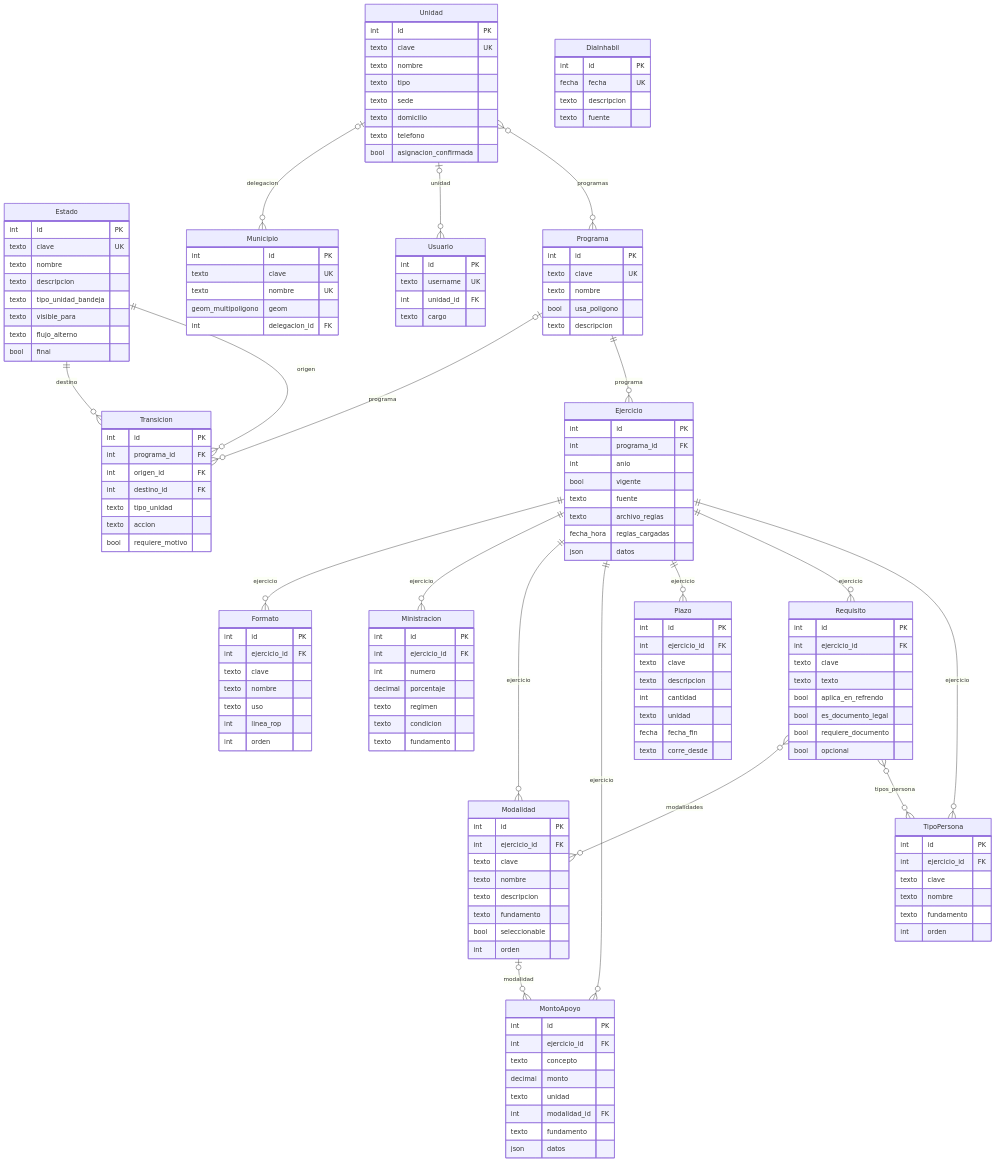
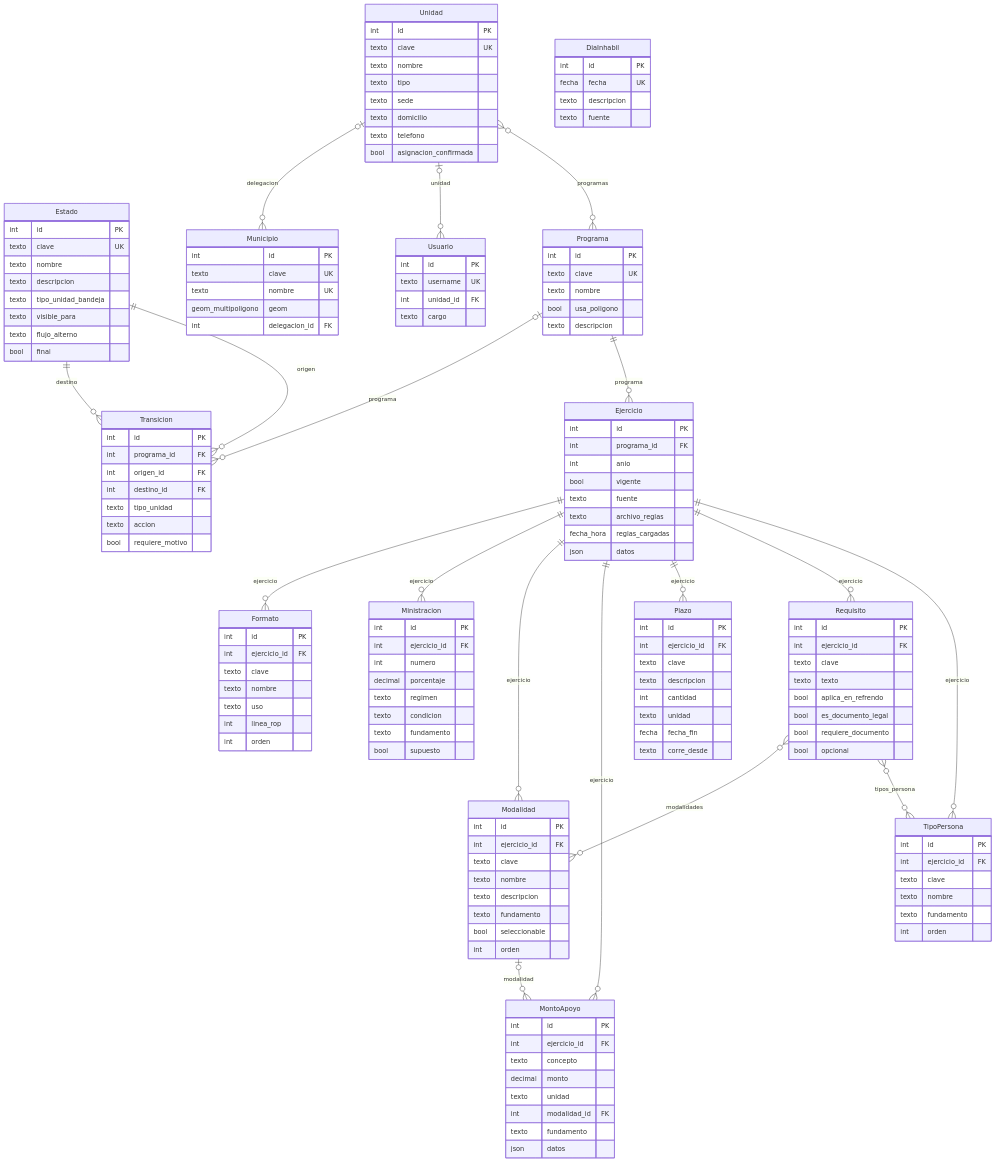
The first of 6 diagrams in sistema/docs/modelo_datos.md (Zavjosh05/FEPI), drawn with Mermaid before and after one commit. The commit also changed other lines of this file and 26 other files, not shown here.

```diff
--- a/sistema/docs/modelo_datos.md
+++ b/sistema/docs/modelo_datos.md
@@ -82,6 +85,7 @@
     texto regimen
     texto condicion
     texto fundamento
+    bool supuesto
   }
   Modalidad {
     int id PK
```
